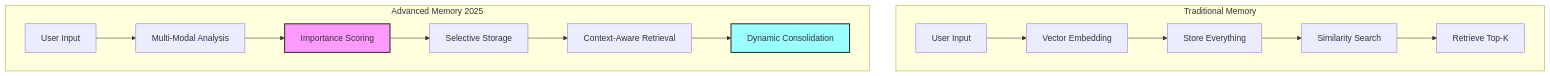
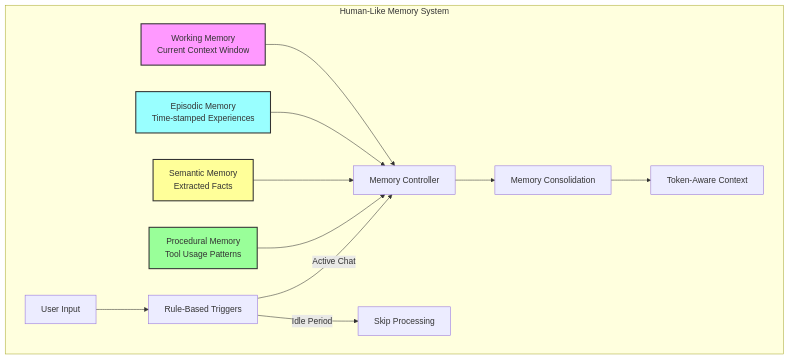
One commit to AgentDock/AgentDock changed the first of 2 diagrams in docs/roadmap/advanced-memory.md. Above: the diagram before and after it, drawn with Mermaid. The commit also changed other lines of this file, not shown here.

First line of the commit message:
feat: enhance memory system with intelligent triggers and tool pattern learning

````diff
--- a/docs/roadmap/advanced-memory.md
+++ b/docs/roadmap/advanced-memory.md
@@ -21,20 +14,21 @@
 ```mermaid
 graph TD
-    subgraph "Traditional Memory"
-        A1[User Input] --> B1[Vector Embedding]
-        B1 --> C1[Store Everything]
-        C1 --> D1[Similarity Search]
-        D1 --> E1[Retrieve Top-K]
+    subgraph "Human-Like Memory System"
+        A[Working Memory<br/>Current Context Window] --> B[Memory Controller]
+        C[Episodic Memory<br/>Time-stamped Experiences] --> B
+        D[Semantic Memory<br/>Extracted Facts] --> B
+        E[Procedural Memory<br/>Tool Usage Patterns] --> B
+        
+        B --> F[Memory Consolidation]
+        F --> G[Token-Aware Context]
+        
+        H[User Input] --> I[Rule-Based Triggers]
+        I --> |"Active Chat"| B
+        I --> |"Idle Period"| J[Skip Processing]
+        
+        style A fill:#f9f,stroke:#333,stroke-width:2px
+        style C fill:#9ff,stroke:#333,stroke-width:2px
+        style D fill:#ff9,stroke:#333,stroke-width:2px
+        style E fill:#9f9,stroke:#333,stroke-width:2px
     end
-    
-    subgraph "Advanced Memory 2025"
-        A2[User Input] --> B2[Multi-Modal Analysis]
-        B2 --> C2[Importance Scoring]
-        C2 --> D2[Selective Storage]
-        D2 --> E2[Context-Aware Retrieval]
-        E2 --> F2[Dynamic Consolidation]
-    end
-    
-    style C2 fill:#f9f,stroke:#333,stroke-width:2px
-    style F2 fill:#9ff,stroke:#333,stroke-width:2px
 ```
````
